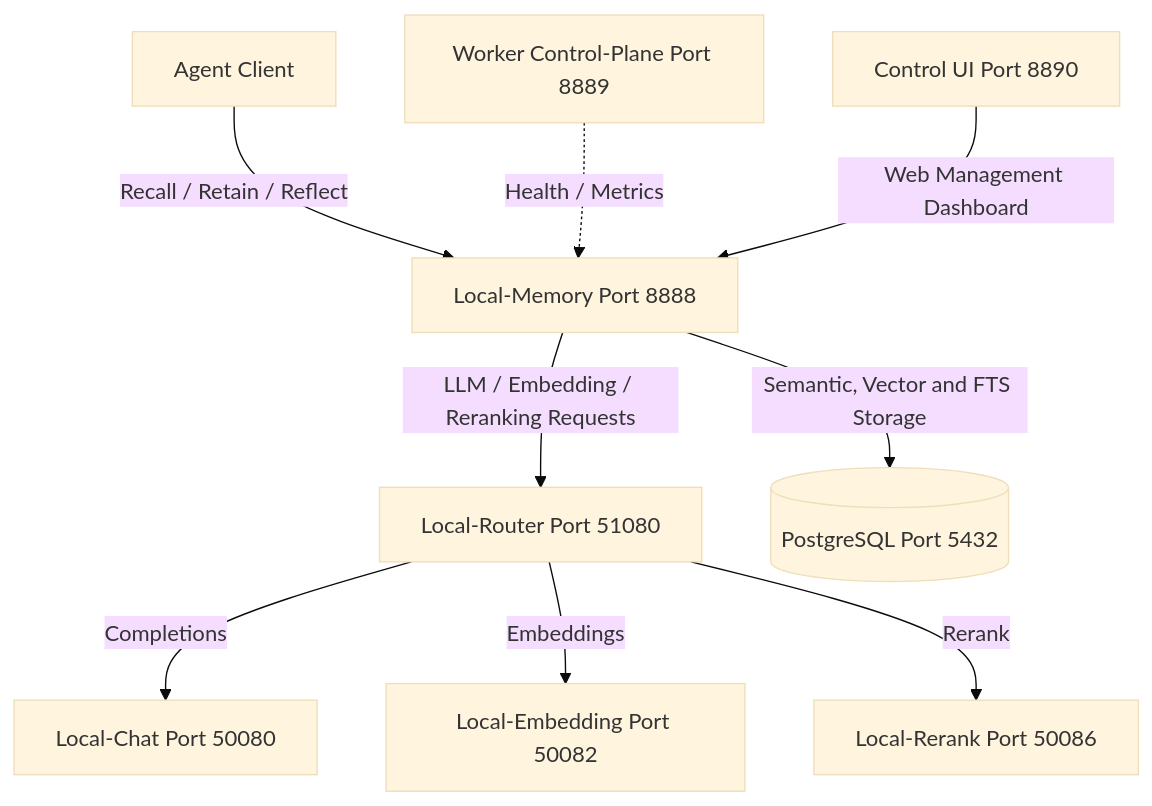
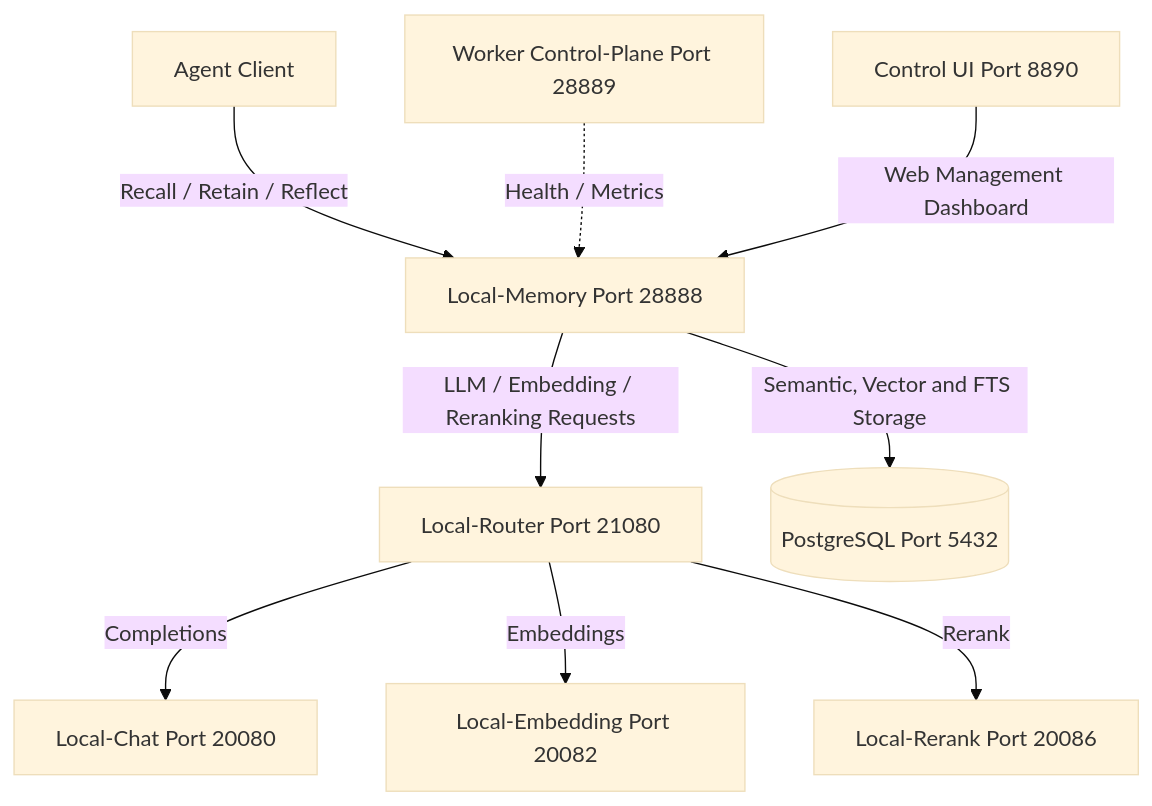
One commit to wuxxin/agents-shared changed the diagram in assistants/local-memory.md. Above: the diagram before and after it, drawn with Mermaid (base theme). The commit also changed other lines of this file and 19 other files, not shown here.

````diff
--- a/assistants/local-memory.md
+++ b/assistants/local-memory.md
@@ -13,11 +13,11 @@
 ```mermaid
 graph TD
-    Agent[Agent Client] -->|Recall / Retain / Reflect| Memory[Local-Memory Port 8888]
-    Worker[Worker Control-Plane Port 8889] -.->|Health / Metrics| Memory
+    Agent[Agent Client] -->|Recall / Retain / Reflect| Memory[Local-Memory Port 28888]
+    Worker[Worker Control-Plane Port 28889] -.->|Health / Metrics| Memory
     ControlUI[Control UI Port 8890] -->|Web Management Dashboard| Memory
-    Memory -->|LLM / Embedding / Reranking Requests| Router[Local-Router Port 51080]
-    Router -->|Completions| Chat[Local-Chat Port 50080]
-    Router -->|Embeddings| Embed[Local-Embedding Port 50082]
-    Router -->|Rerank| Rerank[Local-Rerank Port 50086]
+    Memory -->|LLM / Embedding / Reranking Requests| Router[Local-Router Port 21080]
+    Router -->|Completions| Chat[Local-Chat Port 20080]
+    Router -->|Embeddings| Embed[Local-Embedding Port 20082]
+    Router -->|Rerank| Rerank[Local-Rerank Port 20086]
     Memory -->|Semantic, Vector and FTS Storage| Postgres[(PostgreSQL Port 5432)]
 ```
````
